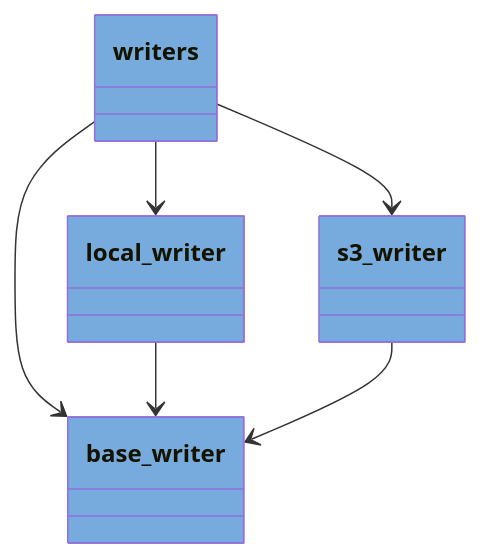
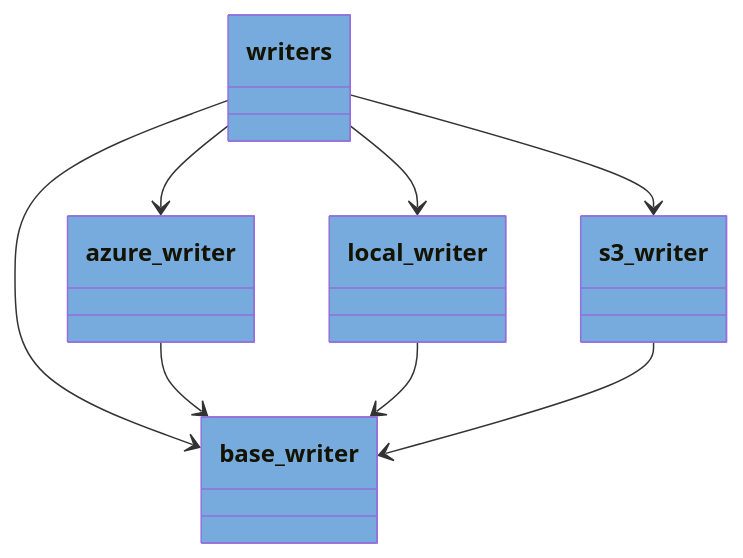
The diagram in docs/pyreverse/mermaid/packages_pythermondt.writers.mmd (voidsy-gmbh/pyThermoNDT), drawn with Mermaid before and after one commit. The commit also changed 21 other files, not shown here.

```diff
--- a/docs/pyreverse/mermaid/packages_pythermondt.writers.mmd
+++ b/docs/pyreverse/mermaid/packages_pythermondt.writers.mmd
@@ -1,18 +1,23 @@
 classDiagram
   class writers {
   }
   style writers fill:#77AADD
+  class azure_writer {
+  }
+  style azure_writer fill:#77AADD
   class base_writer {
   }
   style base_writer fill:#77AADD
   class local_writer {
   }
   style local_writer fill:#77AADD
   class s3_writer {
   }
   style s3_writer fill:#77AADD
+  writers --> azure_writer
   writers --> base_writer
   writers --> local_writer
   writers --> s3_writer
+  azure_writer --> base_writer
   local_writer --> base_writer
   s3_writer --> base_writer
```
